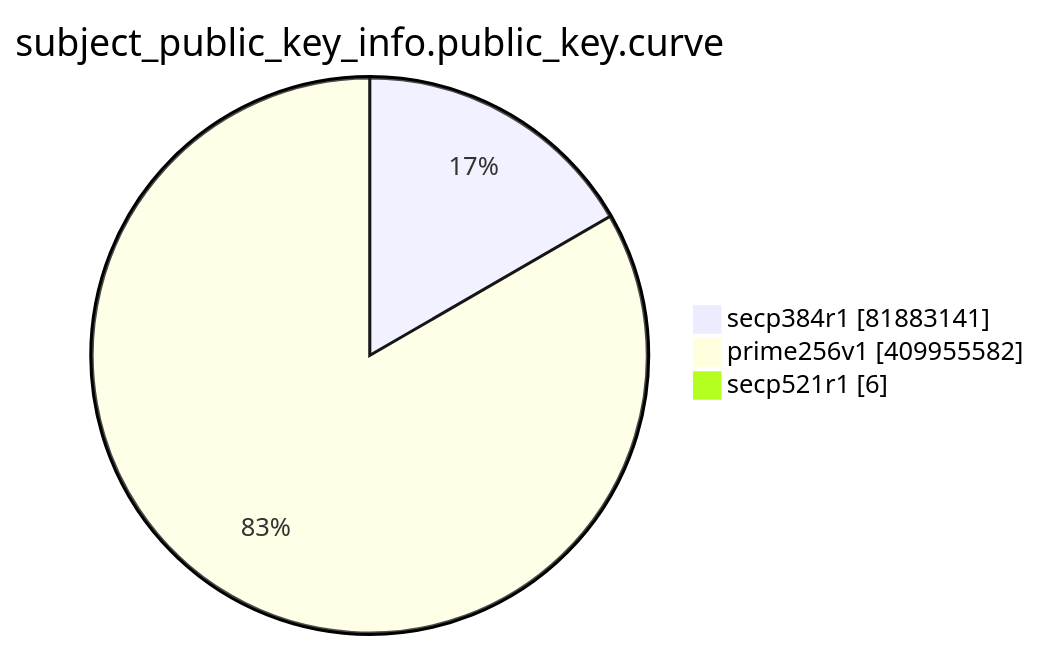
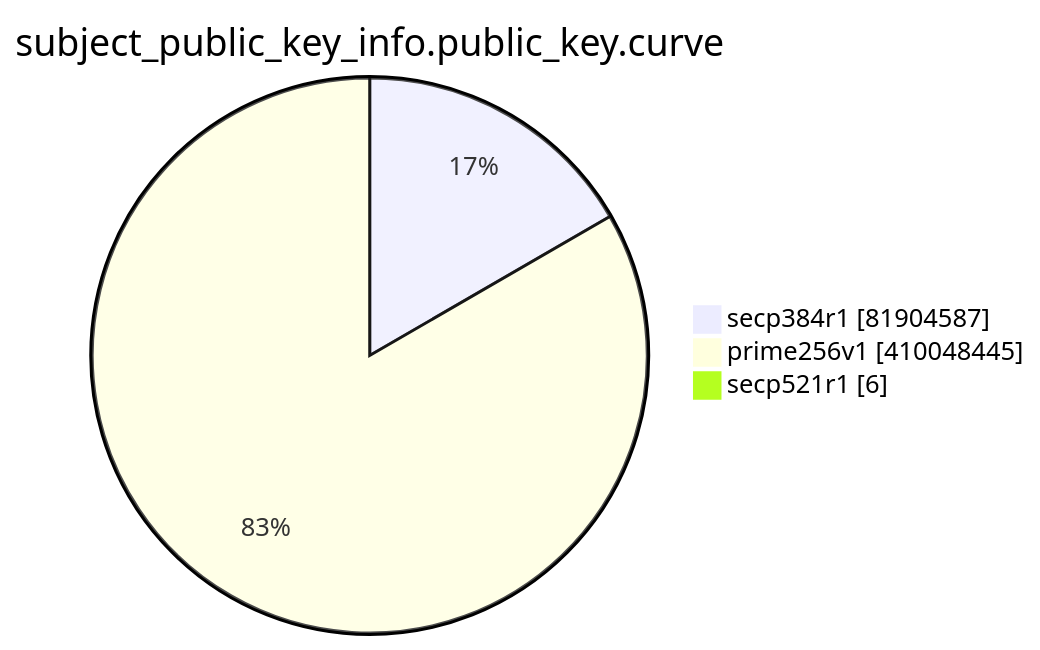
The eighth of 15 diagrams in TOTAL/README.md (christiankrug/ctmonitor_visualization), drawn with Mermaid before and after one commit. The commit also changed other lines of this file, not shown here.

````diff
--- a/TOTAL/README.md
+++ b/TOTAL/README.md
@@ -3096,7 +3096,7 @@
 ```mermaid
 pie showData
 title subject_public_key_info.public_key.curve
-"secp384r1" :81883141
-"prime256v1" :409955582
+"secp384r1" :81904587
+"prime256v1" :410048445
 "secp521r1" :6
 ```
````
